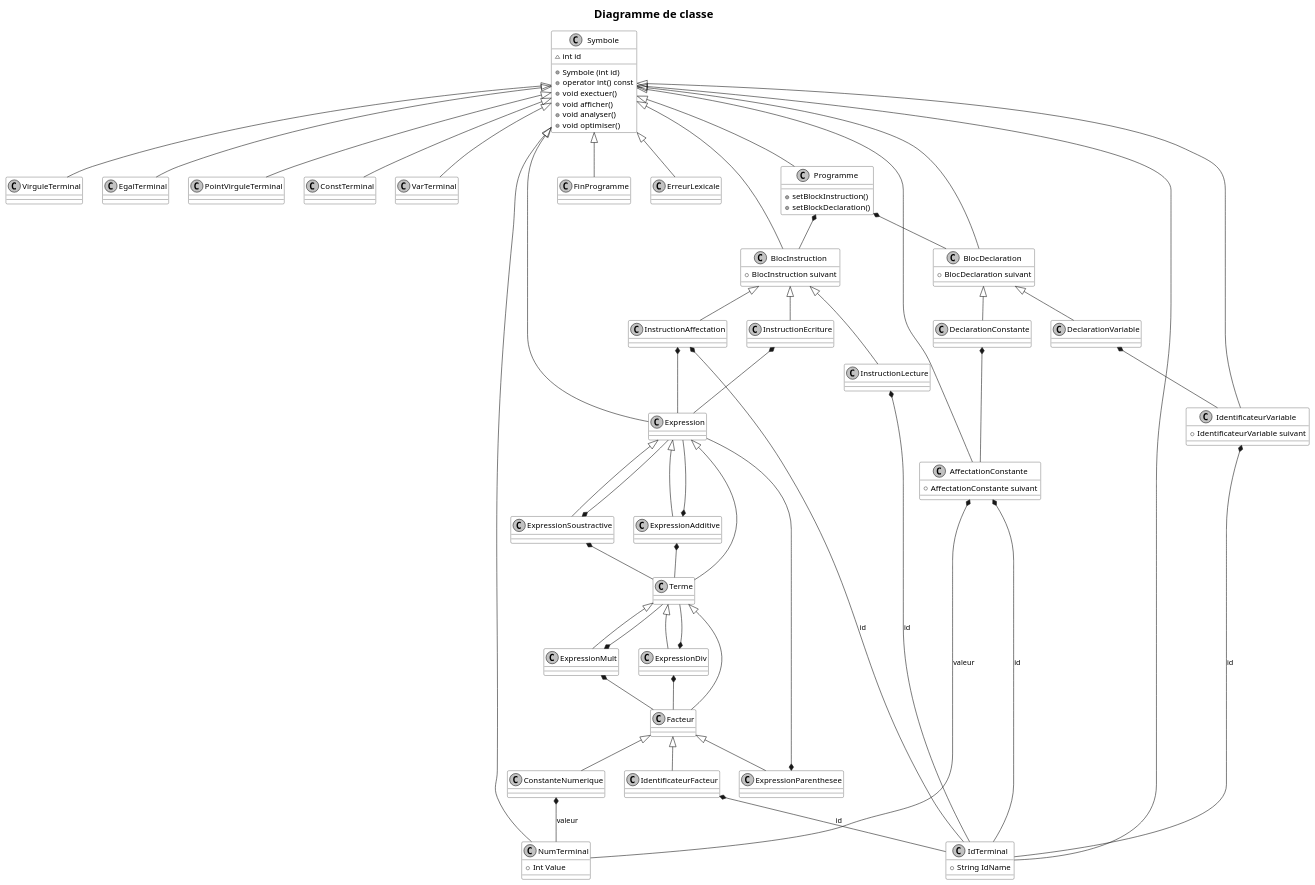
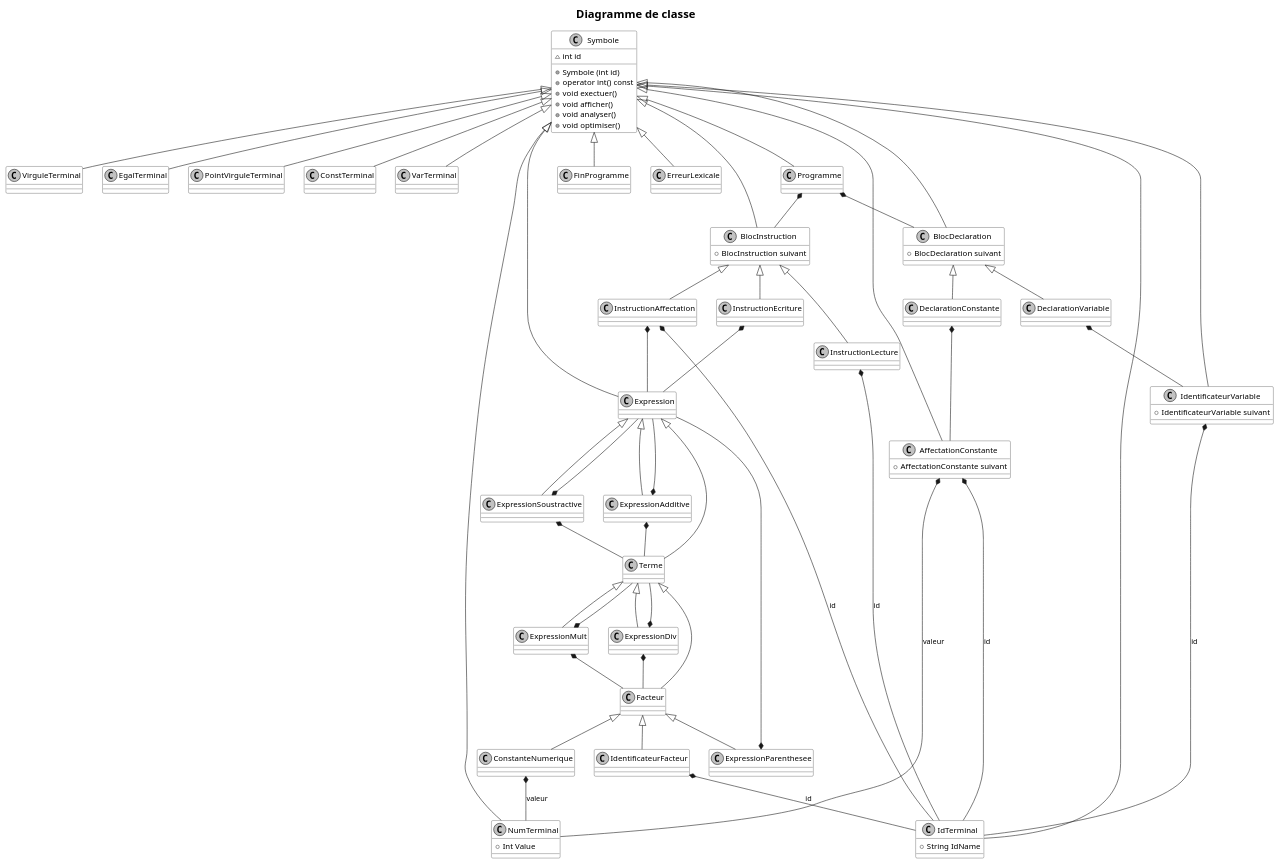
The diagram in doc/classes.puml (0xnome/lutin), drawn with PlantUML before and after one commit. The commit also changed 15 other files, not shown here.

```diff
--- a/doc/classes.puml
+++ b/doc/classes.puml
@@ -1,143 +1,141 @@
 @startuml
 skinparam monochrome true
 skinparam shadowing false
 skinparam TitleFontSize 20
 skinparam sequenceTitleFontSize 20
 skinparam sequenceTitleFontStyle plain
 
 skinparam class {
 	BackgroundColor white
 	BackgroundColor<<Warning>> lightblue
 }
 
 title Diagramme de classe
 
 class Symbole{
 	~int id
 	+Symbole (int id)
 	+operator int() const
 	+void exectuer()
 	+void afficher()
 	+void analyser()
 	+void optimiser()
 }
 class VirguleTerminal
 class EgalTerminal
 Class PointVirguleTerminal
 class ConstTerminal
 class VarTerminal
 class EgalTerminal
 class IdTerminal{
   +String IdName
 }
 class NumTerminal{
   +Int Value
 }
 class FinProgramme
 class ErreurLexicale
 
 class AffectationConstante{
 	+AffectationConstante suivant
 }
 class IdentificateurVariable{
 	+IdentificateurVariable suivant
 }
 class IdentificateurFacteur
 class BlocDeclaration {
     +BlocDeclaration suivant
 }
 class DeclarationVariable
 class DeclarationConstante
 class Programme{
-    +setBlockInstruction()
-    +setBlockDeclaration()
 }
 class BlocInstruction {
     +BlocInstruction suivant
 }
 class InstructionLecture
 class InstructionEcriture
 class InstructionAffectation
 class Expression
 class ExpressionAdditive
 class ExpressionSoustractive
 class Terme
 class ExpressionMult
 class ExpressionDiv
 class Facteur
 class ExpressionParenthesee
 class ConstanteNumerique
 
 
 AffectationConstante *-- IdTerminal : id
 AffectationConstante *-- NumTerminal : valeur
 
 BlocDeclaration <|-- DeclarationConstante
 BlocDeclaration <|-- DeclarationVariable
 BlocInstruction <|-- InstructionAffectation
 BlocInstruction <|-- InstructionEcriture
 BlocInstruction <|-- InstructionLecture
 
 ConstanteNumerique *-- NumTerminal : valeur
 
 DeclarationConstante *-- AffectationConstante
 
 DeclarationVariable *-- IdentificateurVariable
 
 Expression <|-- ExpressionAdditive
 Expression <|-- ExpressionSoustractive
 Expression <|-- Terme
 
 ExpressionAdditive *-- Expression
 ExpressionAdditive *-- Terme
 
 ExpressionDiv *-- Facteur
 ExpressionDiv *-- Terme
 
 ExpressionMult *-- Facteur
 ExpressionMult *-- Terme
 
 ExpressionParenthesee *-- Expression
 
 ExpressionSoustractive *-- Expression
 ExpressionSoustractive *-- Terme
 
 Facteur <|-- ConstanteNumerique
 Facteur <|-- ExpressionParenthesee
 Facteur <|-- IdentificateurFacteur
 
 IdentificateurFacteur *-- IdTerminal : id
 
 IdentificateurVariable *-- IdTerminal : id
 
 InstructionAffectation *-- Expression
 InstructionAffectation *-- IdTerminal : id
 
 InstructionEcriture *-- Expression
 
 InstructionLecture *-- IdTerminal : id
 
 Programme *-- BlocDeclaration
 Programme *-- BlocInstruction
 
 Symbole <|-- AffectationConstante
 Symbole <|-- BlocDeclaration
 Symbole <|-- BlocInstruction
 Symbole <|-- ConstTerminal
 Symbole <|-- EgalTerminal
 Symbole <|-- ErreurLexicale
 Symbole <|-- Expression
 Symbole <|-- FinProgramme
 Symbole <|-- IdentificateurVariable
 Symbole <|-- IdTerminal
 Symbole <|-- NumTerminal
 Symbole <|-- PointVirguleTerminal
 Symbole <|-- Programme
 Symbole <|-- VarTerminal
 Symbole <|-- VirguleTerminal
 
 Terme <|-- ExpressionDiv
 Terme <|-- ExpressionMult
 Terme <|-- Facteur
 
 @enduml
```
